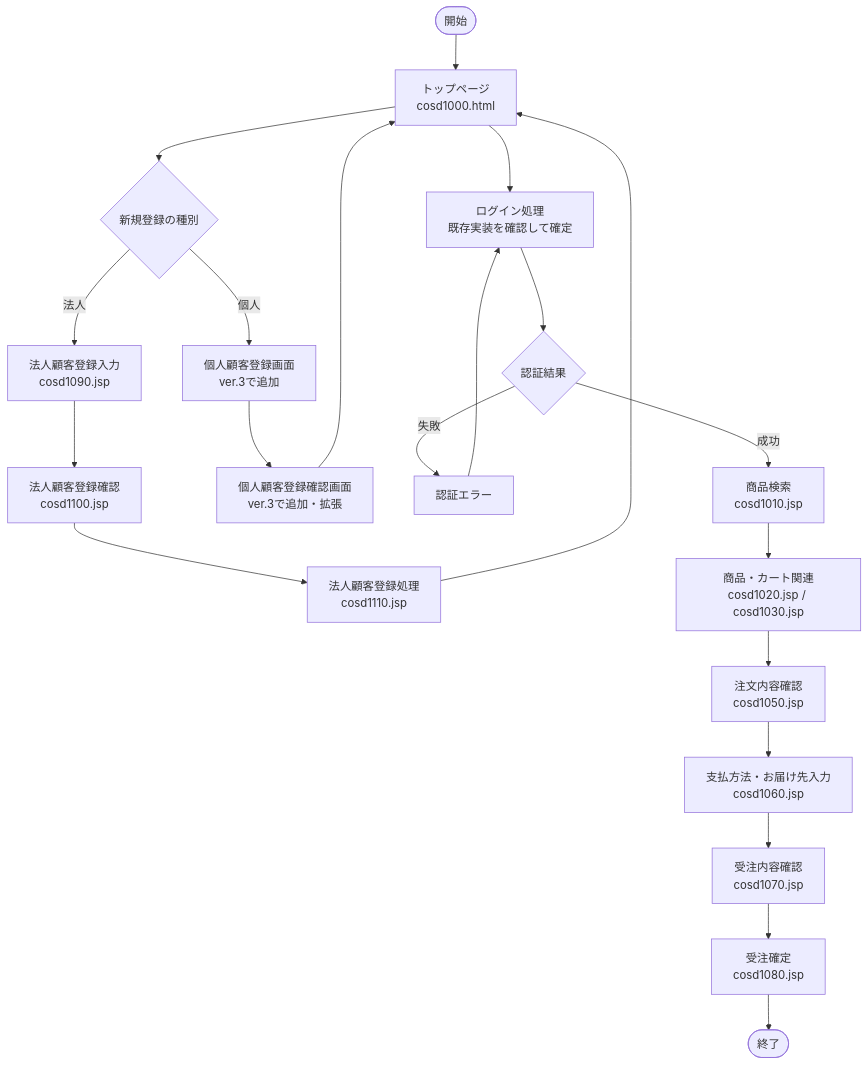
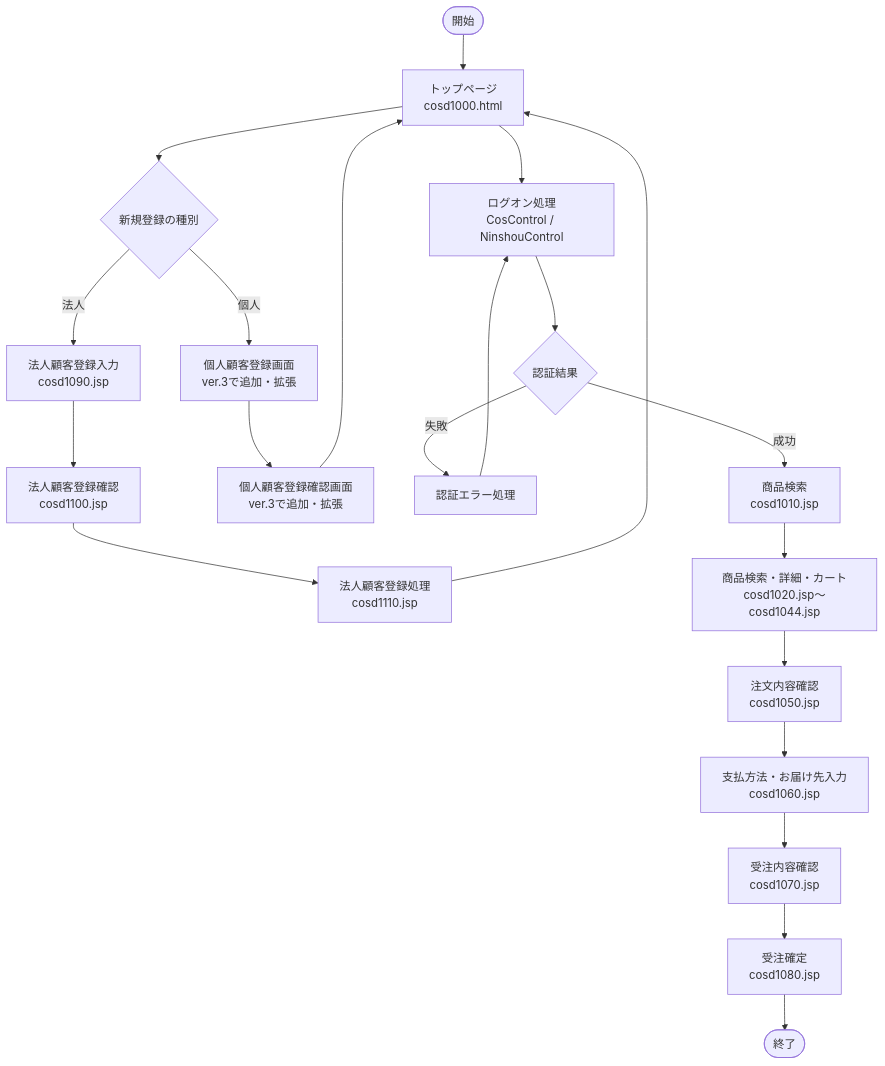
The third of 3 diagrams in ver.3/設計書/基本設計書.md (h-yokota1215/web-version_up), drawn with Mermaid before and after one commit. The commit also changed other lines of this file, not shown here.

````diff
--- a/ver.3/設計書/基本設計書.md
+++ b/ver.3/設計書/基本設計書.md
@@ -173,45 +193,45 @@
 ```mermaid
 flowchart TD
     Start(["開始"])
     Top["トップページ<br/>cosd1000.html"]
     RegisterType{"新規登録の種別"}
     CorporateRegister["法人顧客登録入力<br/>cosd1090.jsp"]
     CorporateConfirm["法人顧客登録確認<br/>cosd1100.jsp"]
     CorporateRegisterProcess["法人顧客登録処理<br/>cosd1110.jsp"]
-    IndividualRegister["個人顧客登録画面<br/>ver.3で追加"]
+    IndividualRegister["個人顧客登録画面<br/>ver.3で追加・拡張"]
     IndividualConfirm["個人顧客登録確認画面<br/>ver.3で追加・拡張"]
-    Login["ログイン処理<br/>既存実装を確認して確定"]
+    Login["ログオン処理<br/>CosControl / NinshouControl"]
     AuthCheck{"認証結果"}
-    AuthError["認証エラー"]
+    AuthError["認証エラー処理"]
     Product["商品検索<br/>cosd1010.jsp"]
-    Cart["商品・カート関連<br/>cosd1020.jsp / cosd1030.jsp"]
+    Cart["商品検索・詳細・カート<br/>cosd1020.jsp～cosd1044.jsp"]
     OrderConfirm["注文内容確認<br/>cosd1050.jsp"]
     Payment["支払方法・お届け先入力<br/>cosd1060.jsp"]
     FinalConfirm["受注内容確認<br/>cosd1070.jsp"]
     OrderProcess["受注確定<br/>cosd1080.jsp"]
     End(["終了"])
 
     Start --> Top
     Top --> RegisterType
     RegisterType -- "法人" --> CorporateRegister
     CorporateRegister --> CorporateConfirm
     CorporateConfirm --> CorporateRegisterProcess
     CorporateRegisterProcess --> Top
 
     RegisterType -- "個人" --> IndividualRegister
     IndividualRegister --> IndividualConfirm
     IndividualConfirm --> Top
 
     Top --> Login
     Login --> AuthCheck
     AuthCheck -- "失敗" --> AuthError
     AuthError --> Login
     AuthCheck -- "成功" --> Product
 
     Product --> Cart
     Cart --> OrderConfirm
     OrderConfirm --> Payment
     Payment --> FinalConfirm
     FinalConfirm --> OrderProcess
     OrderProcess --> End
 ```
````
